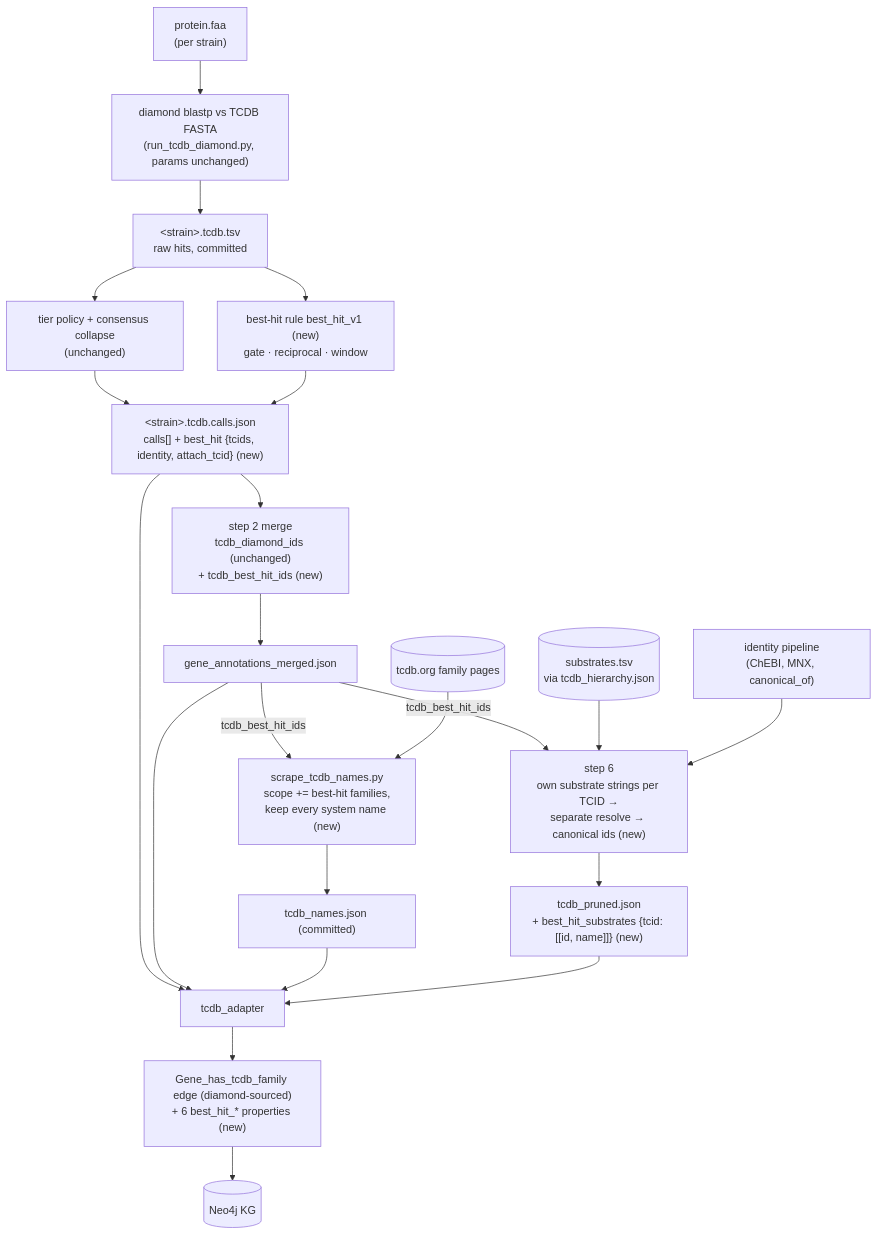
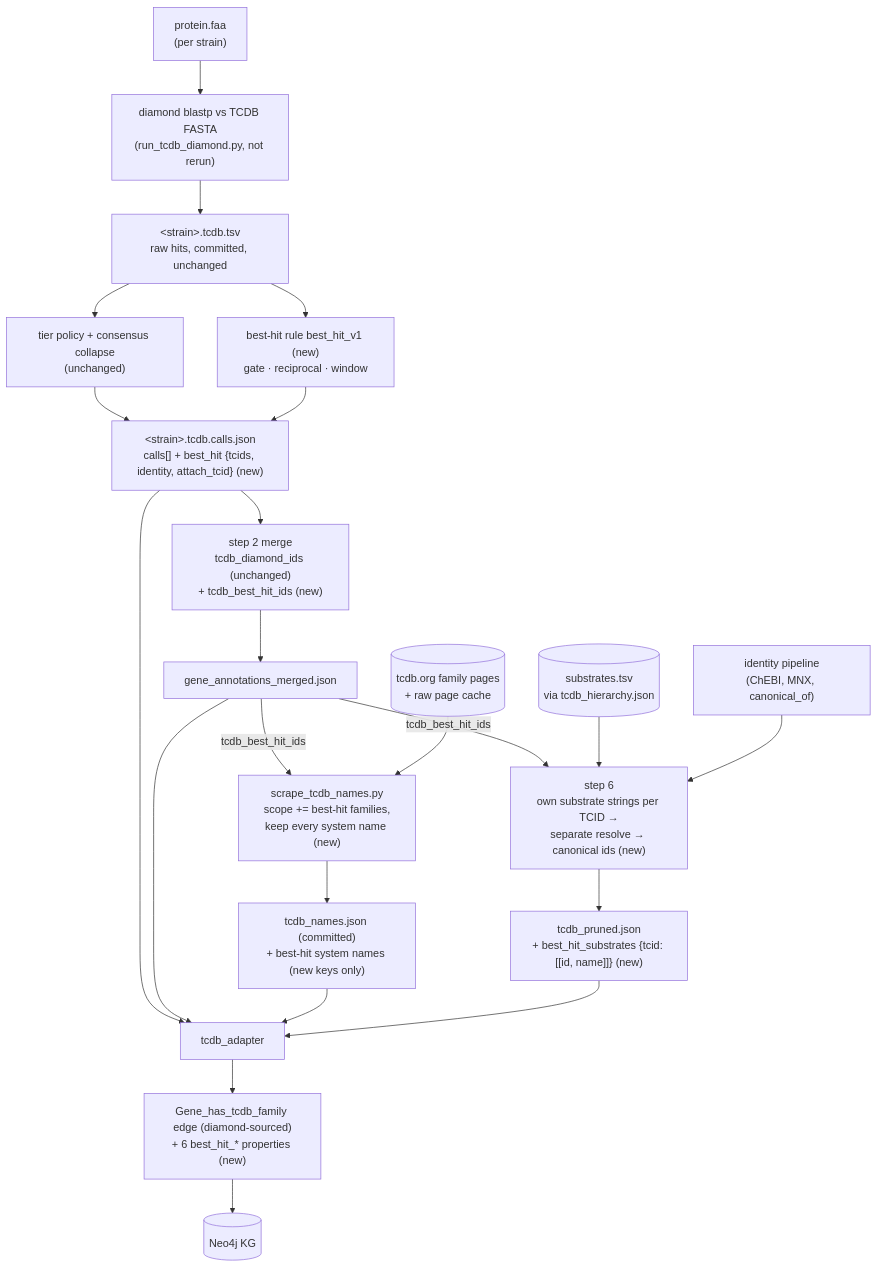
The diagram in docs/superpowers/specs/2026-10-18-tcdb-diamond-best-hit-design.md (wosnat/multiomics_biocypher_kg), drawn with Mermaid before and after one commit. The commit also changed other lines of this file, not shown here.

Commit message:
docs(spec): address spec review (call-less proteins, schema, --from-tsv, scraper merge, step-6 resolve, sanitization)

````diff
--- a/docs/superpowers/specs/2026-10-18-tcdb-diamond-best-hit-design.md
+++ b/docs/superpowers/specs/2026-10-18-tcdb-diamond-best-hit-design.md
@@ -222,28 +265,28 @@
 ```mermaid
 flowchart TD
-    FAA["protein.faa<br/>(per strain)"] --> DIA["diamond blastp vs TCDB FASTA<br/>(run_tcdb_diamond.py, params unchanged)"]
-    DIA --> TSV["&lt;strain&gt;.tcdb.tsv<br/>raw hits, committed"]
+    FAA["protein.faa<br/>(per strain)"] --> DIA["diamond blastp vs TCDB FASTA<br/>(run_tcdb_diamond.py, not rerun)"]
+    DIA --> TSV["&lt;strain&gt;.tcdb.tsv<br/>raw hits, committed, unchanged"]
     TSV --> TIER["tier policy + consensus collapse<br/>(unchanged)"]
     TSV --> RULE["best-hit rule best_hit_v1 (new)<br/>gate · reciprocal · window"]
     TIER --> CALLS["&lt;strain&gt;.tcdb.calls.json<br/>calls[] + best_hit {tcids, identity, attach_tcid} (new)"]
     RULE --> CALLS
 
     CALLS --> S2["step 2 merge<br/>tcdb_diamond_ids (unchanged)<br/>+ tcdb_best_hit_ids (new)"]
     S2 --> MERGED["gene_annotations_merged.json"]
 
     MERGED -->|tcdb_best_hit_ids| SCRAPE["scrape_tcdb_names.py<br/>scope += best-hit families,<br/>keep every system name (new)"]
-    TCDBWEB[("tcdb.org family pages")] --> SCRAPE
-    SCRAPE --> NAMES["tcdb_names.json (committed)"]
+    TCDBWEB[("tcdb.org family pages<br/>+ raw page cache")] --> SCRAPE
+    SCRAPE --> NAMES["tcdb_names.json (committed)<br/>+ best-hit system names (new keys only)"]
 
     MERGED -->|tcdb_best_hit_ids| S6["step 6<br/>own substrate strings per TCID →<br/>separate resolve → canonical ids (new)"]
     SUBS[("substrates.tsv<br/>via tcdb_hierarchy.json")] --> S6
     IDP["identity pipeline<br/>(ChEBI, MNX, canonical_of)"] --> S6
     S6 --> PRUNED["tcdb_pruned.json<br/>+ best_hit_substrates {tcid: [[id, name]]} (new)"]
 
     CALLS --> ADP["tcdb_adapter"]
     MERGED --> ADP
     NAMES --> ADP
     PRUNED --> ADP
     ADP --> EDGE["Gene_has_tcdb_family edge (diamond-sourced)<br/>+ 6 best_hit_* properties (new)"]
     EDGE --> KG[("Neo4j KG")]
 ```
````
